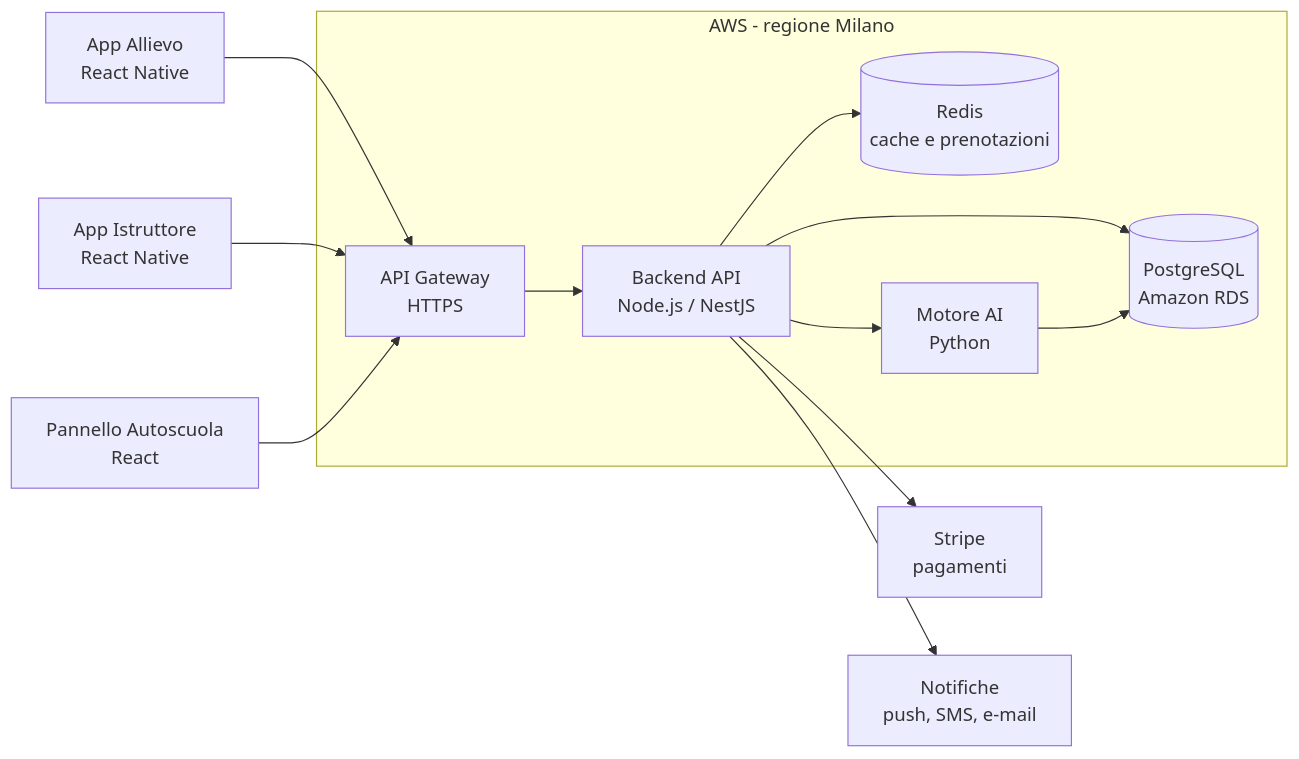
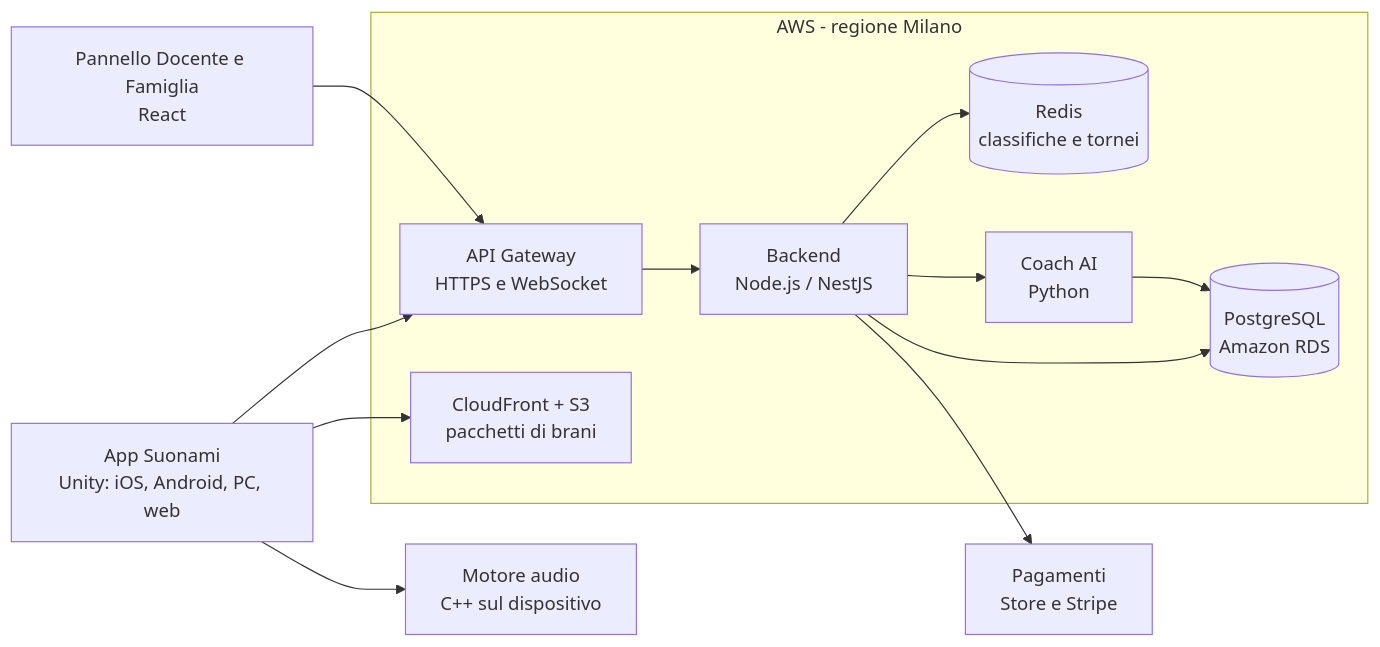
One commit to Malaka-Gonawala/Business_PLan_GPOI changed the first of 3 diagrams in RELAZIONE_BUSINESS_PLAN.md. Above: the diagram before and after it, drawn with Mermaid. The commit also changed other lines of this file and 1 other file, not shown here.

First line of the commit message:
Riscritta la relazione del Business Plan sull'idea scelta dal gruppo: Suonami

````diff
--- a/RELAZIONE_BUSINESS_PLAN.md
+++ b/RELAZIONE_BUSINESS_PLAN.md
@@ -119,20 +125,21 @@
 ```mermaid
 flowchart LR
-    A[App Allievo<br/>React Native] --> G[API Gateway<br/>HTTPS]
-    I[App Istruttore<br/>React Native] --> G
-    W[Pannello Autoscuola<br/>React] --> G
-    G --> B[Backend API<br/>Node.js / NestJS]
+    U[App Suonami<br/>Unity: iOS, Android, PC, web] --> A[Motore audio<br/>C++ sul dispositivo]
+    U --> G[API Gateway<br/>HTTPS e WebSocket]
+    D[Pannello Docente e Famiglia<br/>React] --> G
+    G --> B[Backend<br/>Node.js / NestJS]
     B --> DB[(PostgreSQL<br/>Amazon RDS)]
-    B --> R[(Redis<br/>cache e prenotazioni)]
-    B --> AI[Motore AI<br/>Python]
-    B --> S[Stripe<br/>pagamenti]
-    B --> N[Notifiche<br/>push, SMS, e-mail]
+    B --> R[(Redis<br/>classifiche e tornei)]
+    B --> AI[Coach AI<br/>Python]
+    B --> P[Pagamenti<br/>Store e Stripe]
+    U --> CDN[CloudFront + S3<br/>pacchetti di brani]
     AI --> DB
     subgraph AWS [AWS - regione Milano]
         G
         B
         DB
         R
         AI
+        CDN
     end
 ```
````
